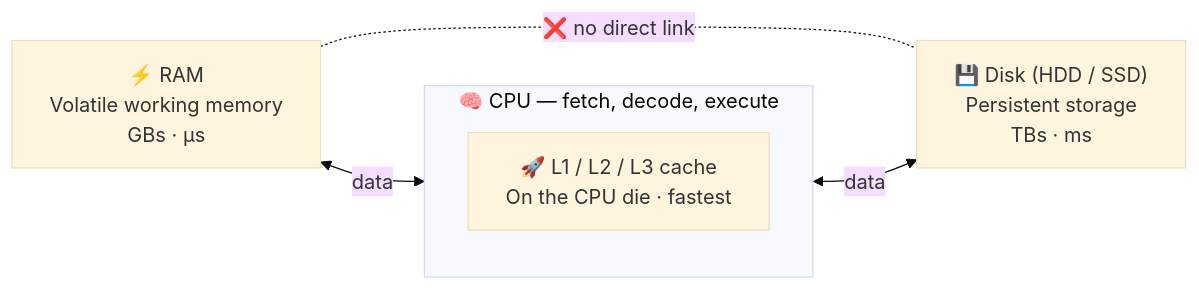
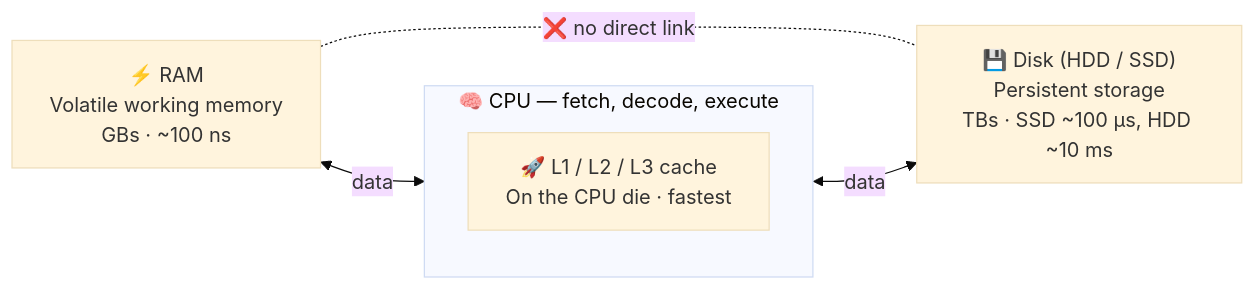
One commit to XiangXu/ywjxx changed the first of 5 diagrams in content/系统设计/Computer Architecture.md. Above: the diagram before and after it, drawn with Mermaid (base theme). The commit also changed other lines of this file, not shown here.

First line of the commit message:
📝 Fix accuracy issues in Computer Architecture notes

````diff
--- a/content/系统设计/Computer Architecture.md
+++ b/content/系统设计/Computer Architecture.md
@@ -45,12 +45,12 @@
 ```mermaid
 flowchart LR
-    RAM["⚡ RAM<br/>Volatile working memory<br/>GBs · µs"]
+    RAM["⚡ RAM<br/>Volatile working memory<br/>GBs · ~100 ns"]
     subgraph CPU["🧠 CPU — fetch, decode, execute"]
         Cache["🚀 L1 / L2 / L3 cache<br/>On the CPU die · fastest"]
     end
-    Disk["💾 Disk (HDD / SSD)<br/>Persistent storage<br/>TBs · ms"]
+    Disk["💾 Disk (HDD / SSD)<br/>Persistent storage<br/>TBs · SSD ~100 µs, HDD ~10 ms"]
 
-    RAM <-- data --> CPU
-    CPU <-- data --> Disk
-    RAM -. "❌ no direct link" .- Disk
+    RAM <-->|data| CPU
+    CPU <-->|data| Disk
+    RAM -.-|"❌ no direct link"| Disk
 ```
````
